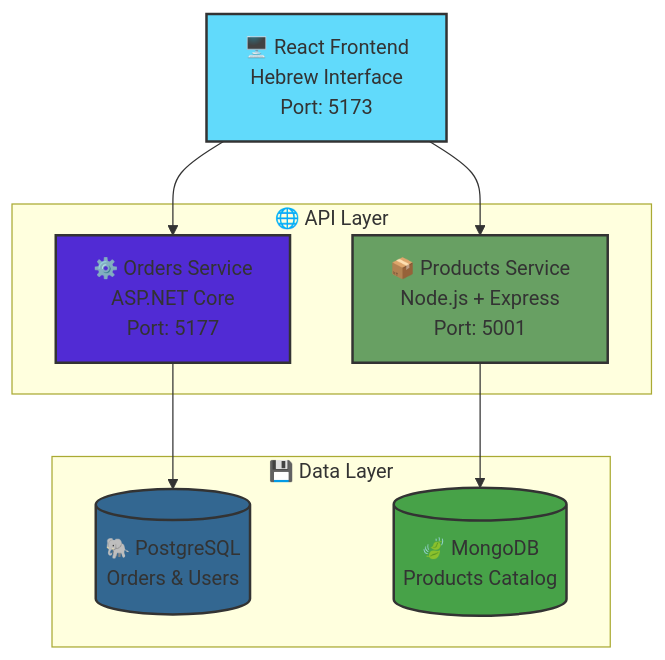
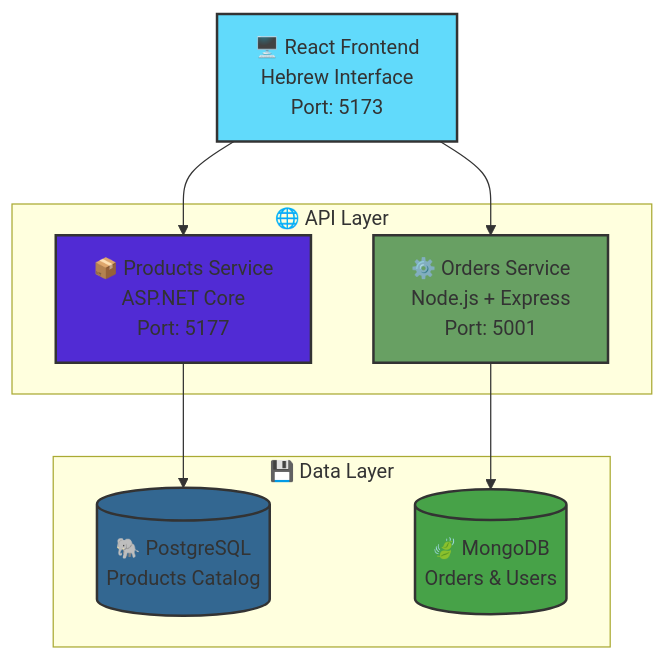
The diagram in README.md (MosheOgalbo/shopping-system-microservices), drawn with Mermaid before and after one commit. The commit also changed other lines of this file, not shown here.

Commit message:
docs: update README to correct service descriptions and enhance clarity on microservices interactions

````diff
--- a/README.md
+++ b/README.md
@@ -82,31 +84,31 @@
 ```mermaid
 graph TB
     Client[🖥️ React Frontend<br/>Hebrew Interface<br/>Port: 5173]
 
     subgraph "🌐 API Layer"
-        OrdersAPI[⚙️ Orders Service<br/>ASP.NET Core<br/>Port: 5177]
-        ProductsAPI[📦 Products Service<br/>Node.js + Express<br/>Port: 5001]
+        ProductsAPI[📦 Products Service<br/>ASP.NET Core<br/>Port: 5177]
+        OrdersAPI[⚙️ Orders Service<br/>Node.js + Express<br/>Port: 5001]
     end
 
     subgraph "💾 Data Layer"
-        PostgresDB[(🐘 PostgreSQL<br/>Orders & Users)]
-        MongoDB[(🍃 MongoDB<br/>Products Catalog)]
+        PostgresDB[(🐘 PostgreSQL<br/>Products Catalog)]
+        MongoDB[(🍃 MongoDB<br/>Orders & Users)]
     end
 
+    Client --> ProductsAPI
     Client --> OrdersAPI
-    Client --> ProductsAPI
-    OrdersAPI --> PostgresDB
-    ProductsAPI --> MongoDB
+    ProductsAPI --> PostgresDB
+    OrdersAPI --> MongoDB
 
     classDef frontend fill:#61dafb,stroke:#333,stroke-width:2px
     classDef backend fill:#512bd4,stroke:#333,stroke-width:2px
     classDef database fill:#336791,stroke:#333,stroke-width:2px
     classDef node fill:#68a063,stroke:#333,stroke-width:2px
     classDef mongo fill:#47a248,stroke:#333,stroke-width:2px
 
     class Client frontend
-    class OrdersAPI backend
-    class ProductsAPI node
+    class ProductsAPI backend
+    class OrdersAPI node
     class PostgresDB database
     class MongoDB mongo
 ```
````
